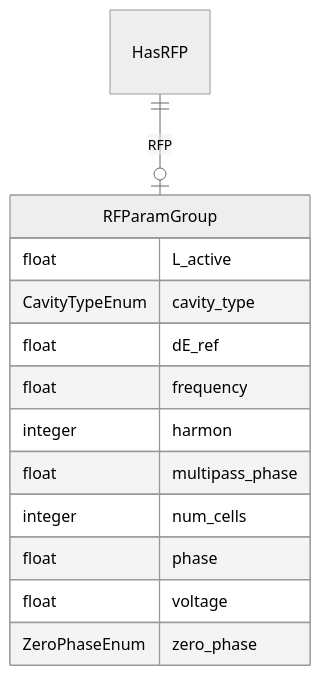
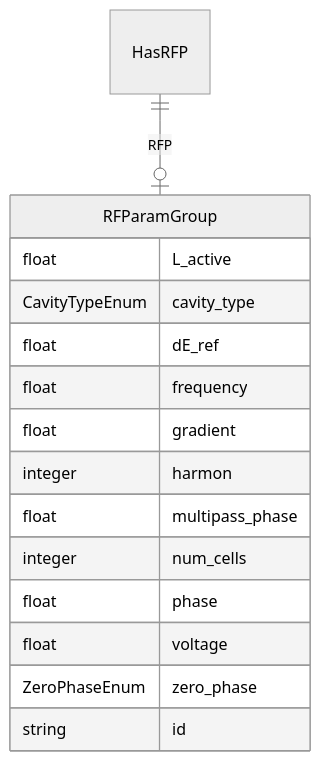
The diagram in docs/elements/classes/HasRFP.md (pals-project/pals-facility-config), drawn with Mermaid (neutral theme) before and after one commit. The commit also changed other lines of this file and 499 other files, not shown here.

````diff
--- a/docs/elements/classes/HasRFP.md
+++ b/docs/elements/classes/HasRFP.md
@@ -10,21 +10,23 @@
 ```mermaid
 erDiagram
 HasRFP {
 
 }
 RFParamGroup {
     float L_active  
     CavityTypeEnum cavity_type  
     float dE_ref  
     float frequency  
+    float gradient  
     integer harmon  
     float multipass_phase  
     integer num_cells  
     float phase  
     float voltage  
     ZeroPhaseEnum zero_phase  
+    string id  
 }
 
 HasRFP ||--|o RFParamGroup : "RFP"
 
 ```
````
